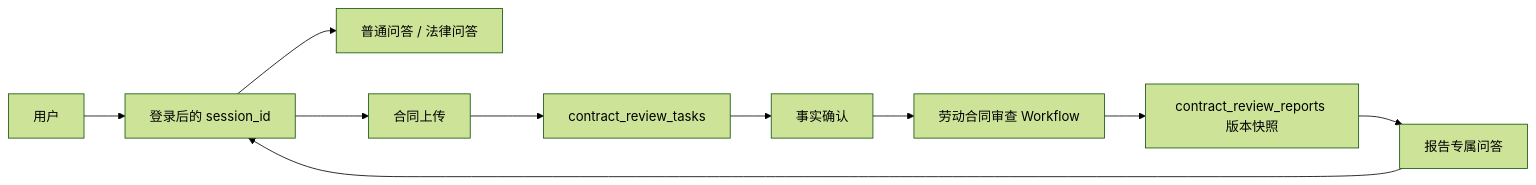
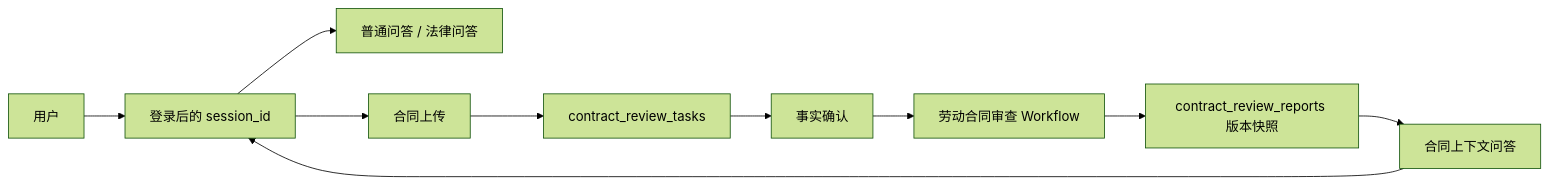
One commit to ccxx777/-agent changed the diagram in docs/contract-conversation-and-governance.md. Above: the diagram before and after it, drawn with Mermaid (forest theme). The commit also changed other lines of this file and 21 other files, not shown here.

````diff
--- a/docs/contract-conversation-and-governance.md
+++ b/docs/contract-conversation-and-governance.md
@@ -15,12 +15,12 @@
 ```mermaid
 flowchart LR
     U[用户] --> S[登录后的 session_id]
     S --> C[普通问答 / 法律问答]
     S --> UP[合同上传]
     UP --> T[contract_review_tasks]
     T --> F[事实确认]
     F --> W[劳动合同审查 Workflow]
     W --> R[contract_review_reports 版本快照]
-    R --> QA[报告专属问答]
+    R --> QA[合同上下文问答]
     QA --> S
 ```
````
